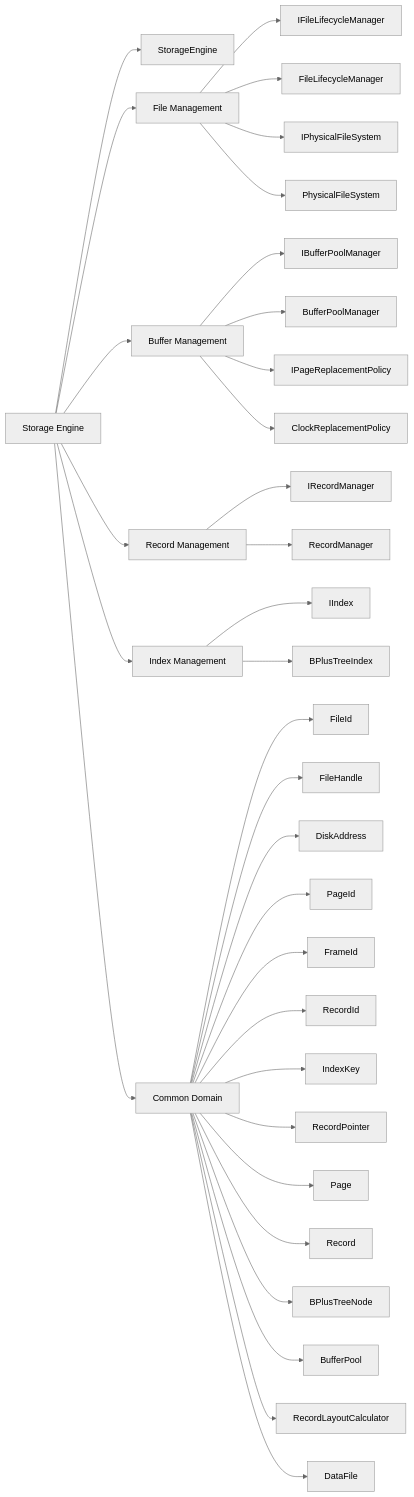
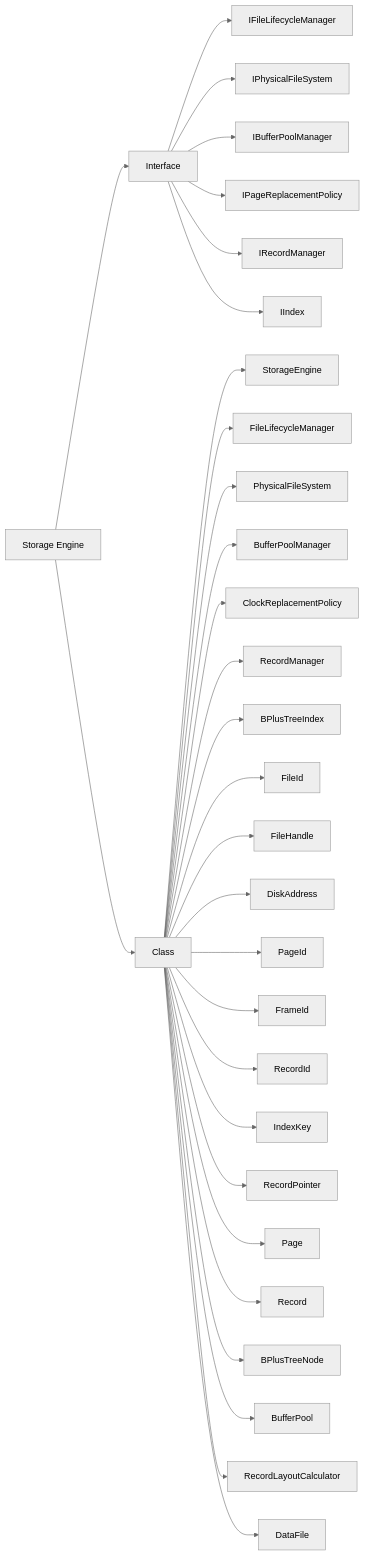
One commit to manaxpow/DBMS changed the diagram in docs/class-mindmap/storage-engine-mindmap.md. Above: the diagram before and after it, drawn with Mermaid (neutral theme). The commit also changed 21 other files, not shown here.

````diff
--- a/docs/class-mindmap/storage-engine-mindmap.md
+++ b/docs/class-mindmap/storage-engine-mindmap.md
@@ -3,48 +3,39 @@
 ```mermaid
 flowchart LR
     SE[Storage Engine]
 
-    %% Root
-    SE --> SERoot[StorageEngine]
+    %% Interfaces
+    SE --> INT[Interface]
+    INT --> IFLM[IFileLifecycleManager]
+    INT --> IPFS[IPhysicalFileSystem]
+    INT --> IBPM[IBufferPoolManager]
+    INT --> IPRP[IPageReplacementPolicy]
+    INT --> IRM[IRecordManager]
+    INT --> IIDX[IIndex]
 
-    %% File Management
-    SE --> FM[File Management]
-    FM --> IFLM[IFileLifecycleManager]
-    FM --> FLM[FileLifecycleManager]
-    FM --> IPFS[IPhysicalFileSystem]
-    FM --> PFS[PhysicalFileSystem]
+    %% Classes (Implementations)
+    SE --> CLS[Class]
+    CLS --> SERoot[StorageEngine]
+    CLS --> FLM[FileLifecycleManager]
+    CLS --> PFS[PhysicalFileSystem]
+    CLS --> BPM[BufferPoolManager]
+    CLS --> CRP[ClockReplacementPolicy]
+    CLS --> RMGR[RecordManager]
+    CLS --> BPTI[BPlusTreeIndex]
 
-    %% Buffer Management
-    SE --> BM[Buffer Management]
-    BM --> IBPM[IBufferPoolManager]
-    BM --> BPM[BufferPoolManager]
-    BM --> IPRP[IPageReplacementPolicy]
-    BM --> CRP[ClockReplacementPolicy]
-
-    %% Record Management
-    SE --> RM[Record Management]
-    RM --> IRM[IRecordManager]
-    RM --> RMGR[RecordManager]
-
-    %% Index Management
-    SE --> IM[Index Management]
-    IM --> IIDX[IIndex]
-    IM --> BPTI[BPlusTreeIndex]
-
-    %% Common Domain
-    SE --> CD[Common Domain]
-    CD --> FID[FileId]
-    CD --> FH[FileHandle]
-    CD --> DA[DiskAddress]
-    CD --> PID[PageId]
-    CD --> FRID[FrameId]
-    CD --> RID[RecordId]
-    CD --> IK[IndexKey]
-    CD --> RP[RecordPointer]
-    CD --> PAGE[Page]
-    CD --> REC[Record]
-    CD --> BPTN[BPlusTreeNode]
-    CD --> BPOOL[BufferPool]
-    CD --> RLC[RecordLayoutCalculator]
-    CD --> DF[DataFile]
+    %% Domain Models (Also in Class folder)
+    CLS --> FID[FileId]
+    CLS --> FH[FileHandle]
+    CLS --> DA[DiskAddress]
+    CLS --> PID[PageId]
+    CLS --> FRID[FrameId]
+    CLS --> RID[RecordId]
+    CLS --> IK[IndexKey]
+    CLS --> RP[RecordPointer]
+    CLS --> PAGE[Page]
+    CLS --> REC[Record]
+    CLS --> BPTN[BPlusTreeNode]
+    CLS --> BPOOL[BufferPool]
+    CLS --> RLC[RecordLayoutCalculator]
+    CLS --> DF[DataFile]
 ```
````
